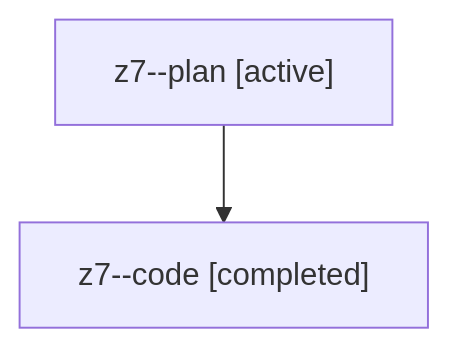
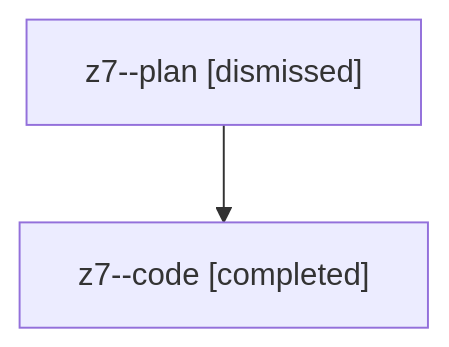
One commit to sase-org/sase--agents changed the diagram in sessions/bbugyi200.athena.z7.md. Above: the diagram before and after it, drawn with Mermaid. The commit also changed other lines of this file and 35 other files, not shown here.

````diff
--- a/sessions/bbugyi200.athena.z7.md
+++ b/sessions/bbugyi200.athena.z7.md
@@ -9,6 +9,6 @@
 ```mermaid
 flowchart TD
-  n0["z7--plan [active]"]
+  n0["z7--plan [dismissed]"]
   n1["z7--code [completed]"]
   n0 --> n1
 ```
````
